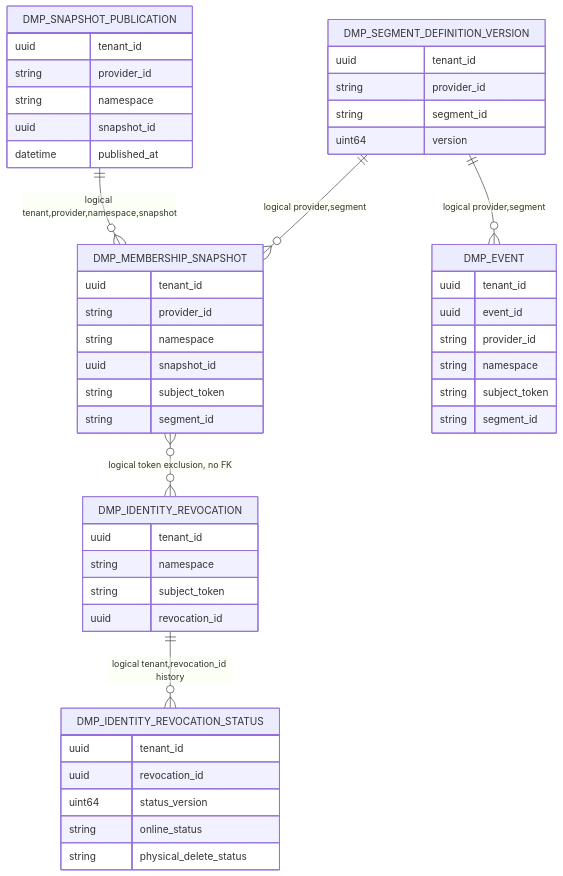
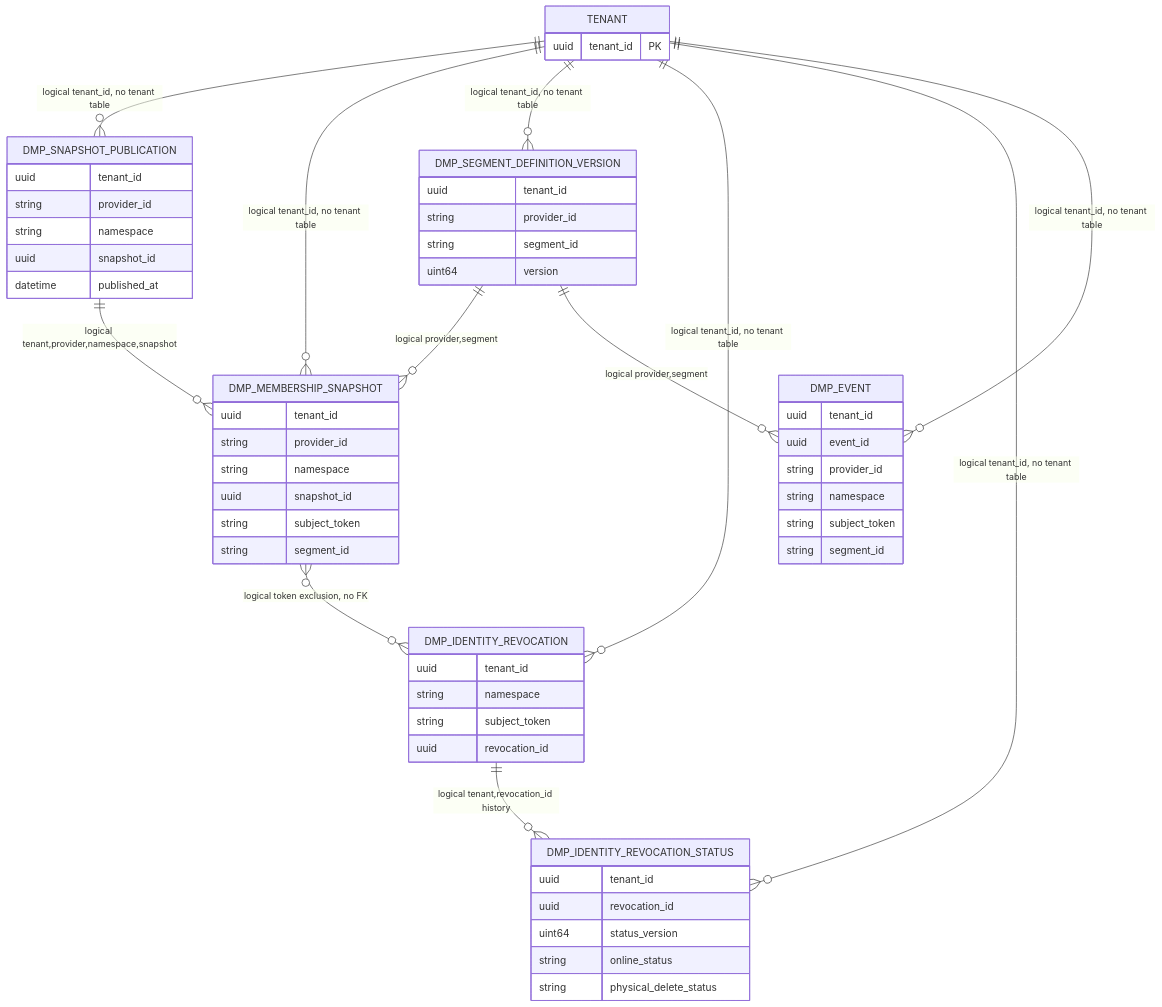
One commit to songfei1983/open-ads changed the third of 3 diagrams in docs/design/LLD.md. Above: the diagram before and after it, drawn with Mermaid. The commit also changed other lines of this file and 3 other files, not shown here.

````diff
--- a/docs/design/LLD.md
+++ b/docs/design/LLD.md
@@ -237,51 +352,60 @@
 ```mermaid
 erDiagram
+  TENANT {
+    uuid tenant_id PK
+  }
   DMP_SNAPSHOT_PUBLICATION {
     uuid tenant_id
     string provider_id
     string namespace
     uuid snapshot_id
     datetime published_at
   }
   DMP_MEMBERSHIP_SNAPSHOT {
     uuid tenant_id
     string provider_id
     string namespace
     uuid snapshot_id
     string subject_token
     string segment_id
   }
   DMP_SEGMENT_DEFINITION_VERSION {
     uuid tenant_id
     string provider_id
     string segment_id
     uint64 version
   }
   DMP_IDENTITY_REVOCATION {
     uuid tenant_id
     string namespace
     string subject_token
     uuid revocation_id
   }
   DMP_IDENTITY_REVOCATION_STATUS {
     uuid tenant_id
     uuid revocation_id
     uint64 status_version
     string online_status
     string physical_delete_status
   }
   DMP_EVENT {
     uuid tenant_id
     uuid event_id
     string provider_id
     string namespace
     string subject_token
     string segment_id
   }
 
+  TENANT ||--o{ DMP_SNAPSHOT_PUBLICATION : "logical tenant_id, no tenant table"
+  TENANT ||--o{ DMP_MEMBERSHIP_SNAPSHOT : "logical tenant_id, no tenant table"
+  TENANT ||--o{ DMP_SEGMENT_DEFINITION_VERSION : "logical tenant_id, no tenant table"
+  TENANT ||--o{ DMP_IDENTITY_REVOCATION : "logical tenant_id, no tenant table"
+  TENANT ||--o{ DMP_IDENTITY_REVOCATION_STATUS : "logical tenant_id, no tenant table"
+  TENANT ||--o{ DMP_EVENT : "logical tenant_id, no tenant table"
   DMP_SNAPSHOT_PUBLICATION ||--o{ DMP_MEMBERSHIP_SNAPSHOT : "logical tenant,provider,namespace,snapshot"
   DMP_SEGMENT_DEFINITION_VERSION ||--o{ DMP_MEMBERSHIP_SNAPSHOT : "logical provider,segment"
   DMP_IDENTITY_REVOCATION ||--o{ DMP_IDENTITY_REVOCATION_STATUS : "logical tenant,revocation_id history"
   DMP_MEMBERSHIP_SNAPSHOT }o--o{ DMP_IDENTITY_REVOCATION : "logical token exclusion, no FK"
   DMP_SEGMENT_DEFINITION_VERSION ||--o{ DMP_EVENT : "logical provider,segment"
 ```
````
